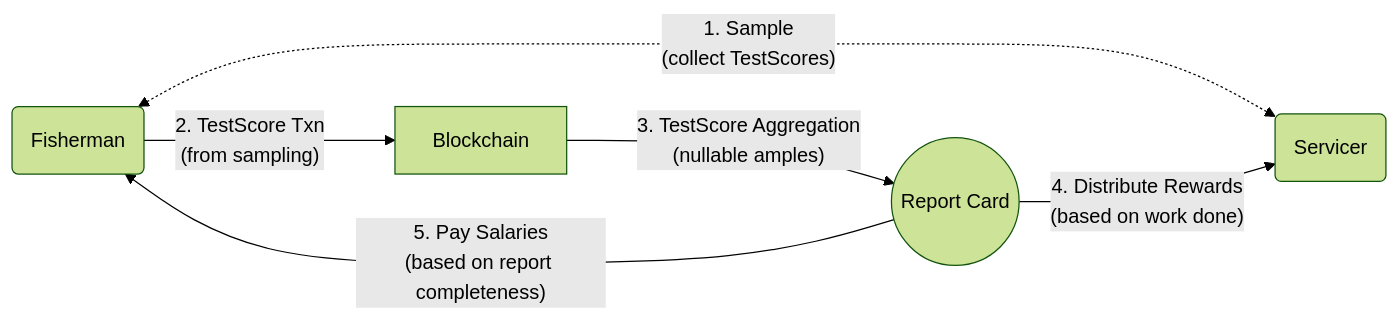
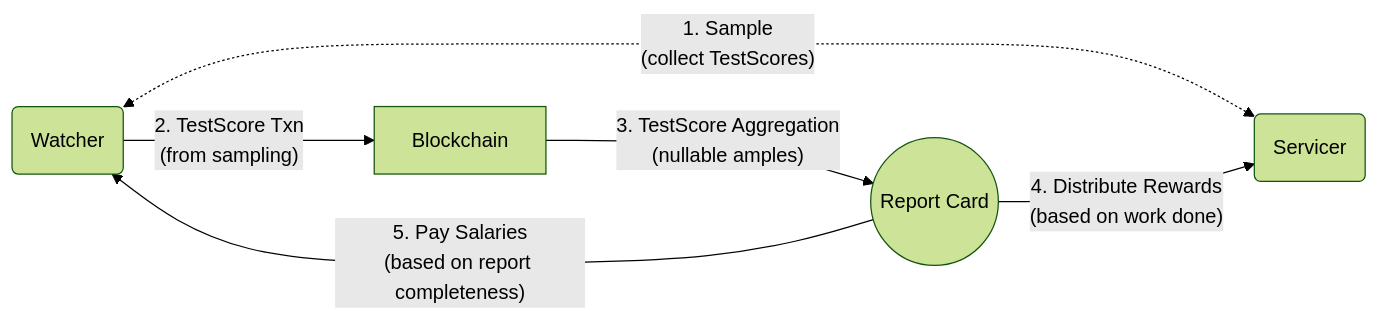
Before and after one commit to pokt-network/pocket-network-protocol: the eighth of 16 diagrams in utility/README.md, drawn with Mermaid (forest theme). The commit also changed other lines of this file and 2 other files, not shown here.

Commit message:
Rename all instances of fisherman to watcher

````diff
--- a/utility/README.md
+++ b/utility/README.md
@@ -602,13 +602,13 @@
 ```mermaid
 graph LR
-    F(Fisherman)
+    F(Watcher)
     B[Blockchain]
     RC((Report Card))
     S(Servicer)
 
     F <-."1. Sample<br>(collect TestScores)".-> S
     F -- "2. TestScore Txn<br>(from sampling)" --> B
     B -- "3. TestScore Aggregation<br>(nullable amples)" --> RC
     RC -- "4. Distribute Rewards<br>(based on work done)" --> S
     RC -- "5. Pay Salaries<br>(based on report completeness)" --> F
 ```
````
